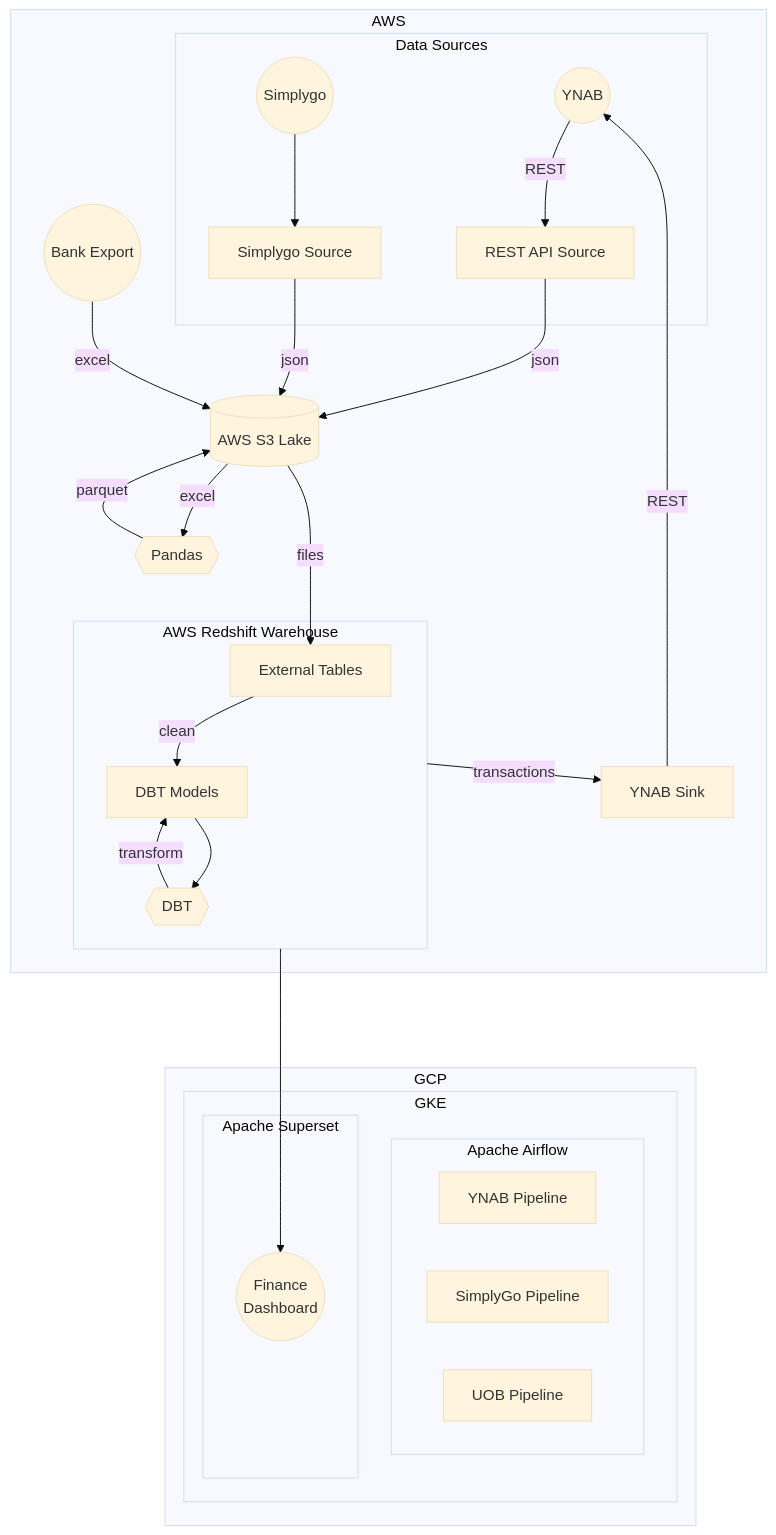
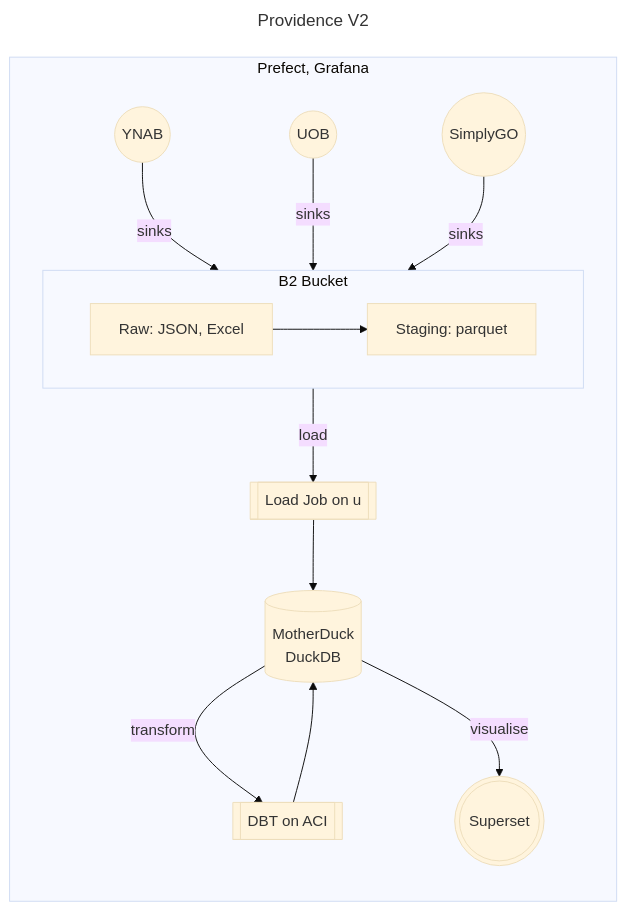
One commit to mrzzy/providence changed the first of 2 diagrams in README.md. Above: the diagram before and after it, drawn with Mermaid (base theme). The commit also changed other lines of this file, not shown here.

````diff
--- a/README.md
+++ b/README.md
@@ -37,33 +23,18 @@
 ```mermaid
-flowchart TB
-    subgraph AWS
-        subgraph src[Data Sources]
-            ynab((YNAB)) -->|REST| rest-api[REST API Source]
-            simplygo-web((Simplygo)) --> simplygo[Simplygo Source]
-        end
+---
+title: Providence V2
+---
 
-        rest-api & simplygo -->|json| lake[(AWS S3 Lake)]
-        uob((Bank Export)) -->|excel| lake --->|files| ext
-        lake -->|excel| pd{{Pandas}} -->|parquet| lake
-
-        subgraph dw[AWS Redshift Warehouse]
-            ext[External Tables] -->|clean| dbt-models[DBT Models]
-            dbt-models --> dbt{{DBT}} -->|transform| dbt-models
-        end
-
-        dw -->|transactions| ynab-sink[YNAB Sink] -->|REST| ynab
-    end
-    dw -----> fin-dash
-    subgraph GCP
-        subgraph GKE
-            subgraph airflow[Apache Airflow]
-                ynab-pipe[YNAB Pipeline]
-                simplygo-pipe[SimplyGo Pipeline]
-                uob-pipe[UOB Pipeline]
-            end
-            subgraph superset[Apache Superset]
-                fin-dash((Finance\nDashboard))
-            end
-        end
-    end
+flowchart LR
+    subgraph p[Prefect, Grafana]
+      direction TB
+      ynab((YNAB)) &  uob((UOB)) & simplygo((SimplyGO)) -->|sinks| b2
+      subgraph b2[B2 Bucket]
+          direction LR
+          raw[Raw: JSON, Excel] --> staging[Staging: parquet]
+      end
+      staging -->|load| compute[[Load Job on u]] --> dw[(MotherDuck\n DuckDB)]
+      dw -->|transform| dbt[[DBT on ACI]] --> dw
+      dw -->|visualise| viz(((Superset)))
+   end
 ```
````
